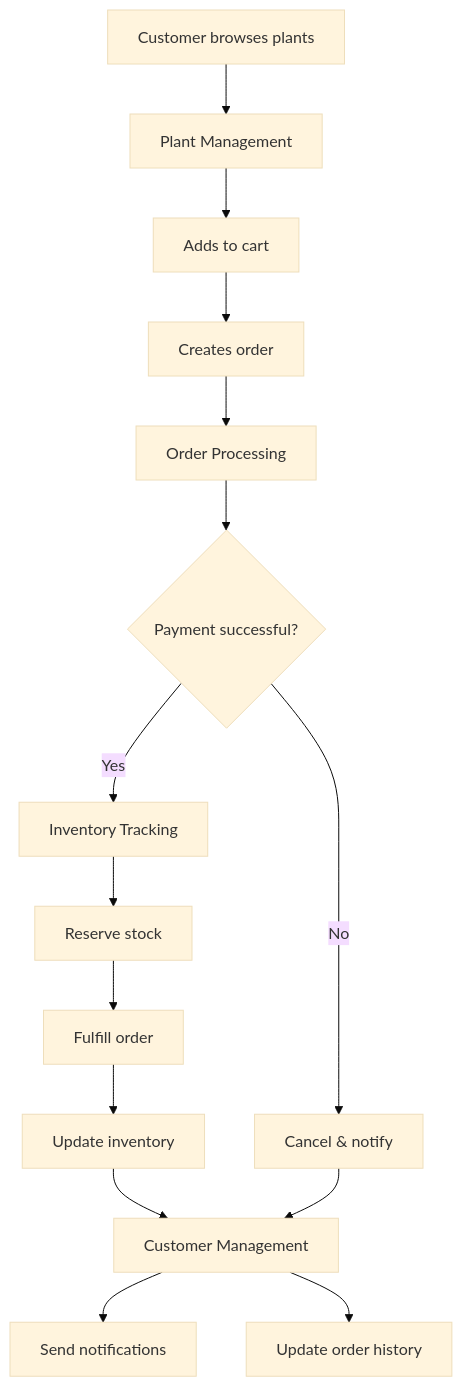
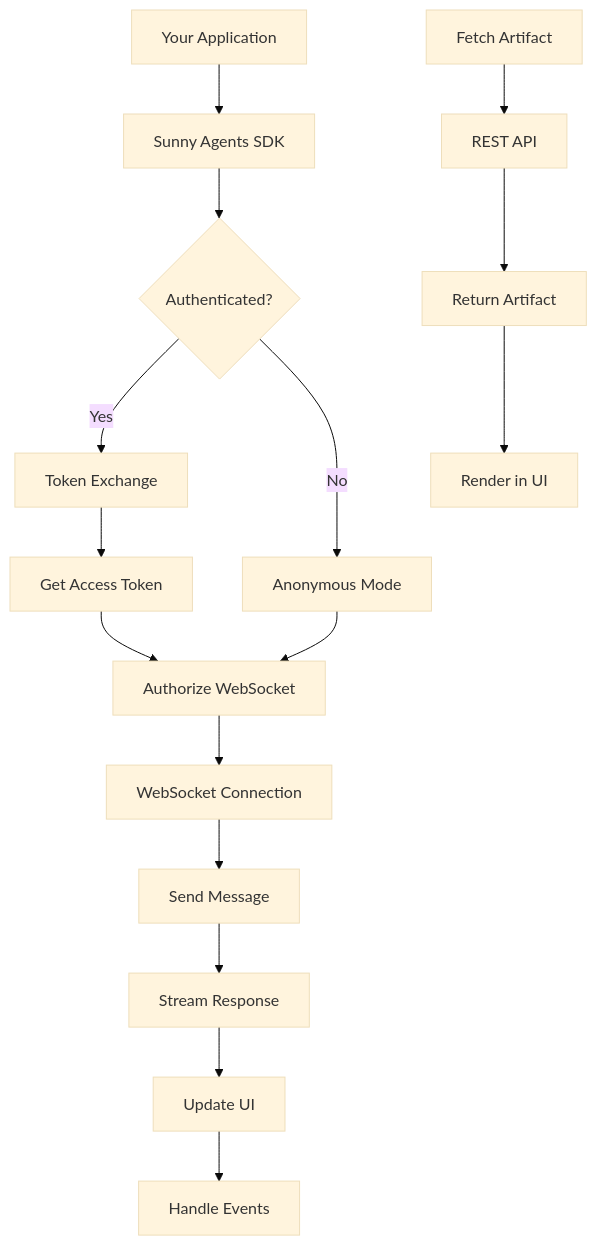
The diagram in fern/docs/pages/get-started/overview.mdx (sunnyhealthai/docs), drawn with Mermaid (base theme) before and after one commit. The commit also changed other lines of this file and 25 other files, not shown here.

````diff
--- a/fern/docs/pages/get-started/overview.mdx
+++ b/fern/docs/pages/get-started/overview.mdx
@@ -52,22 +52,23 @@
 ```mermaid
 graph TD
-    A[Customer browses plants] --> B[Plant Management]
-    B --> C[Adds to cart]
-    C --> D[Creates order]
-
-    D --> E[Order Processing]
-    E --> F{Payment successful?}
-
-    F -->|Yes| G[Inventory Tracking]
-    F -->|No| H[Cancel & notify]
-
-    G --> I[Reserve stock]
-    I --> J[Fulfill order]
-    J --> K[Update inventory]
-
-    K --> L[Customer Management]
-    L --> M[Send notifications]
-    L --> N[Update order history]
-
-    H --> L
+    A[Your Application] --> B[Sunny Agents SDK]
+    B --> C{Authenticated?}
+    
+    C -->|Yes| D[Token Exchange]
+    C -->|No| E[Anonymous Mode]
+    
+    D --> F[Get Access Token]
+    F --> G[Authorize WebSocket]
+    E --> G
+    
+    G --> H[WebSocket Connection]
+    H --> I[Send Message]
+    I --> J[Stream Response]
+    
+    J --> K[Update UI]
+    K --> L[Handle Events]
+    
+    M[Fetch Artifact] --> N[REST API]
+    N --> O[Return Artifact]
+    O --> P[Render in UI]
 ```
````
